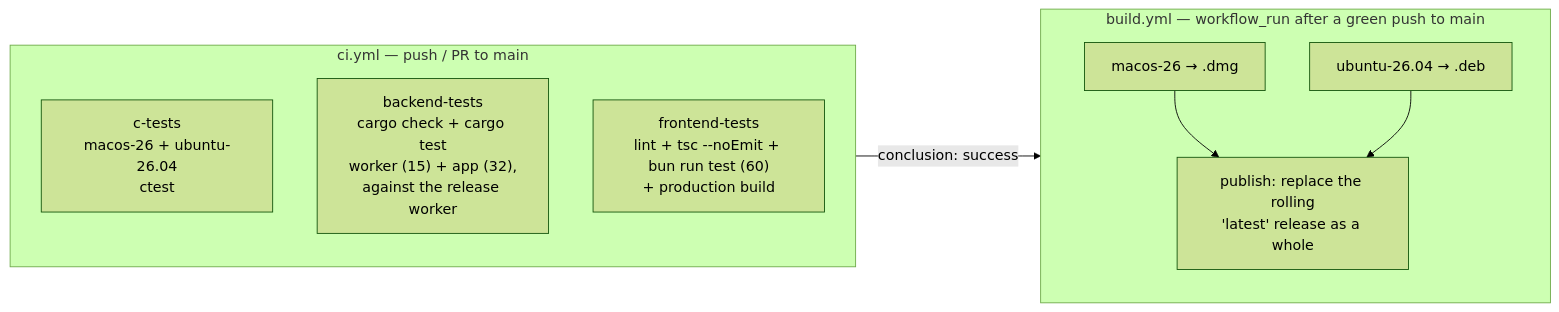
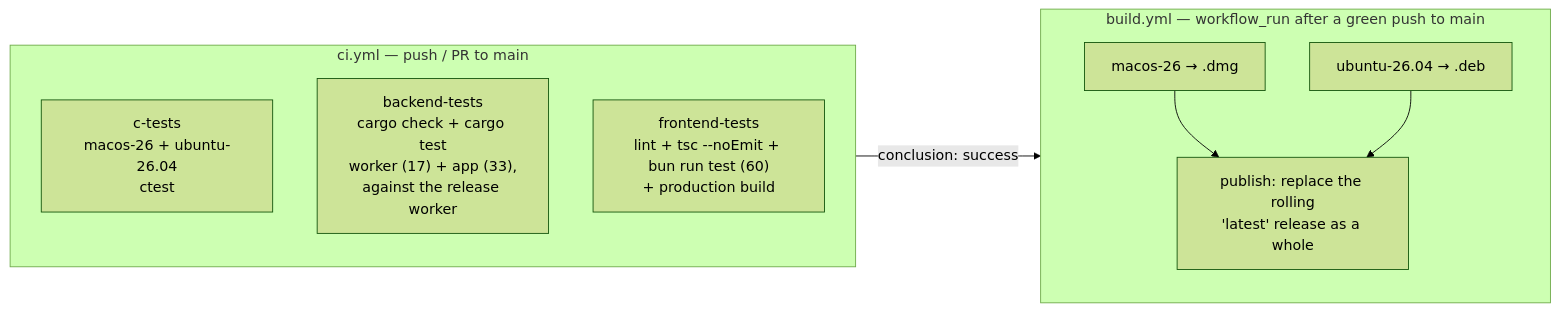
The sixth of 6 diagrams in ARCHITECTURE.md (sersergious/surface-evolver), drawn with Mermaid (forest theme) before and after one commit. The commit also changed other lines of this file and 17 other files, not shown here.

````diff
--- a/ARCHITECTURE.md
+++ b/ARCHITECTURE.md
@@ -299,17 +299,17 @@
 ```mermaid
 flowchart LR
     subgraph CI["ci.yml — push / PR to main"]
         direction TB
         C1["c-tests<br/>macos-26 + ubuntu-26.04<br/>ctest"]
-        C2["backend-tests<br/>cargo check + cargo test<br/>worker (15) + app (32),<br/>against the release worker"]
+        C2["backend-tests<br/>cargo check + cargo test<br/>worker (17) + app (33),<br/>against the release worker"]
         C3["frontend-tests<br/>lint + tsc --noEmit + bun run test (60)<br/>+ production build"]
     end
     subgraph BUILD["build.yml — workflow_run after a green push to main"]
         direction TB
         B1["macos-26 → .dmg"]
         B2["ubuntu-26.04 → .deb"]
         B1 --> REL["publish: replace the rolling<br/>'latest' release as a whole"]
         B2 --> REL
     end
     CI -- "conclusion: success" --> BUILD
 ```
````
